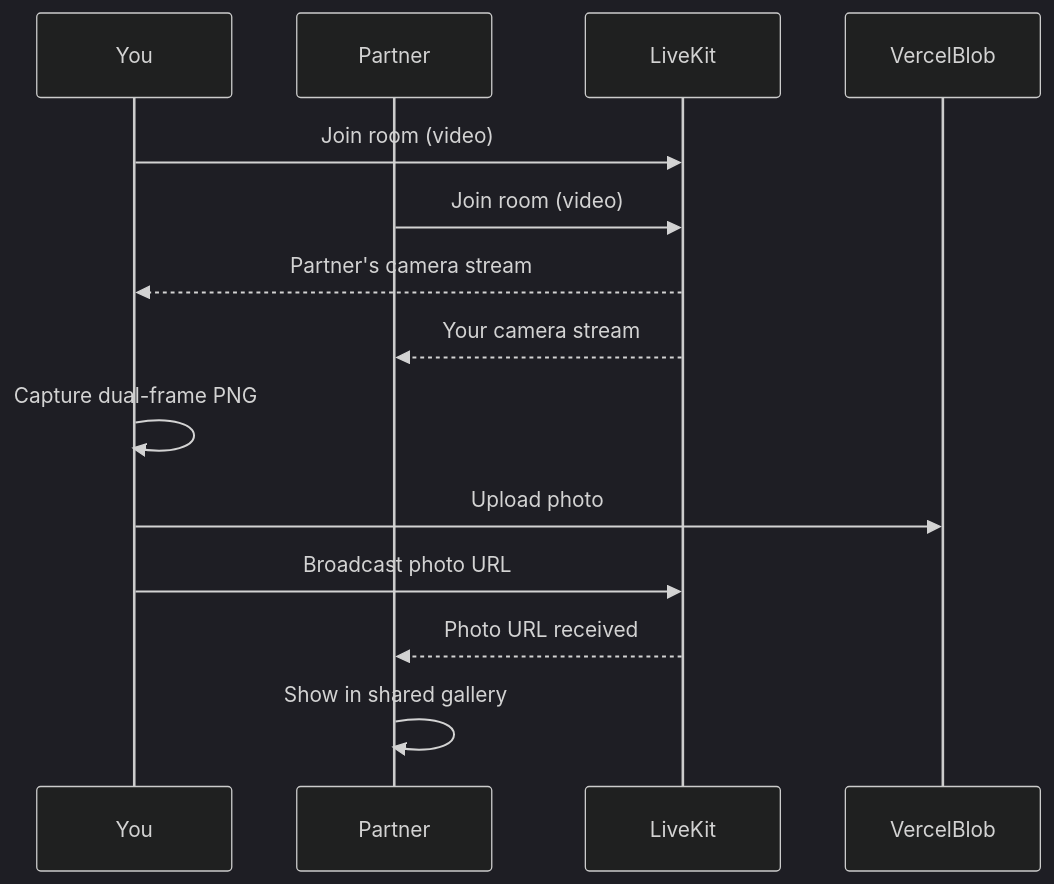
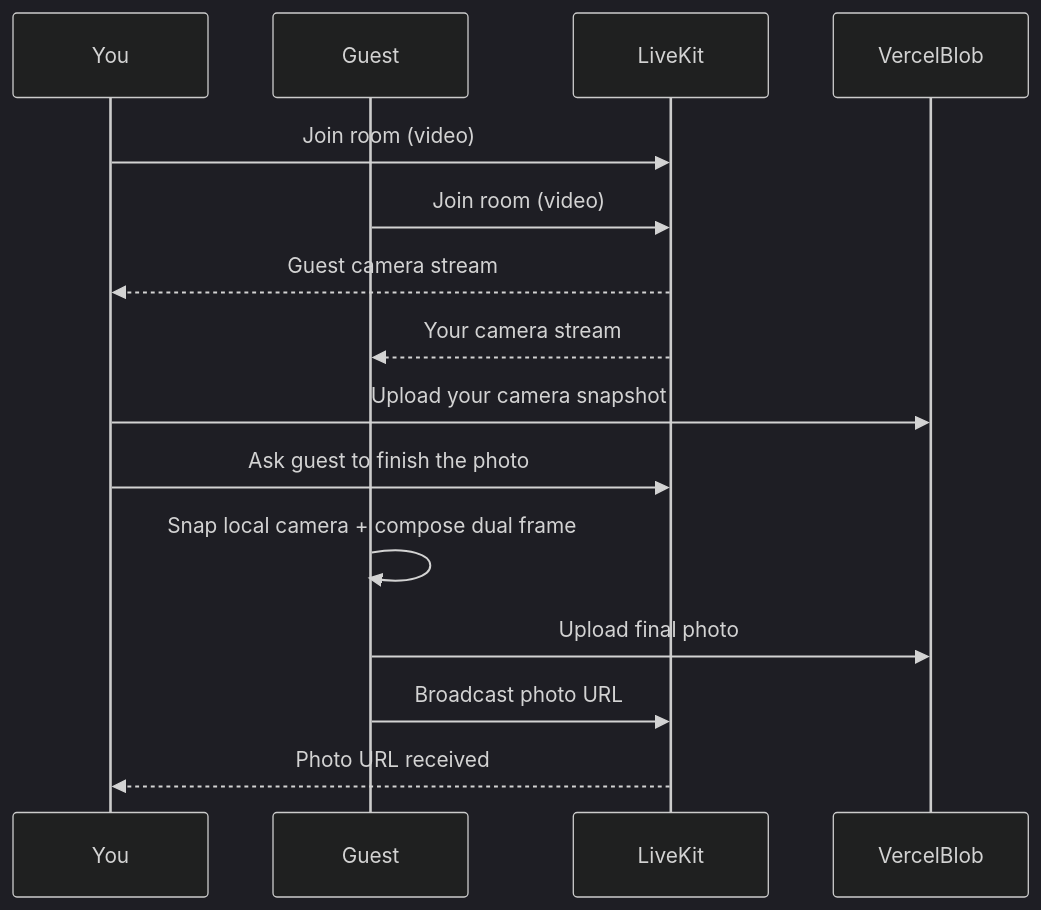
One commit to Chinmoy-04/Photo-booth changed the diagram in README.md. Above: the diagram before and after it, drawn with Mermaid (dark theme). The commit also changed other lines of this file and 14 other files, not shown here.

````diff
--- a/README.md
+++ b/README.md
@@ -82,17 +144,18 @@
 ```mermaid
 sequenceDiagram
     participant You
-    participant Partner
+    participant Guest
     participant LiveKit
     participant VercelBlob
 
     You->>LiveKit: Join room (video)
-    Partner->>LiveKit: Join room (video)
-    LiveKit-->>You: Partner's camera stream
-    LiveKit-->>Partner: Your camera stream
-    You->>You: Capture dual-frame PNG
-    You->>VercelBlob: Upload photo
-    You->>LiveKit: Broadcast photo URL
-    LiveKit-->>Partner: Photo URL received
-    Partner->>Partner: Show in shared gallery
+    Guest->>LiveKit: Join room (video)
+    LiveKit-->>You: Guest camera stream
+    LiveKit-->>Guest: Your camera stream
+    You->>VercelBlob: Upload your camera snapshot
+    You->>LiveKit: Ask guest to finish the photo
+    Guest->>Guest: Snap local camera + compose dual frame
+    Guest->>VercelBlob: Upload final photo
+    Guest->>LiveKit: Broadcast photo URL
+    LiveKit-->>You: Photo URL received
 ```
````
